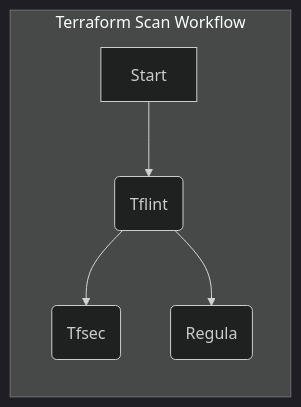
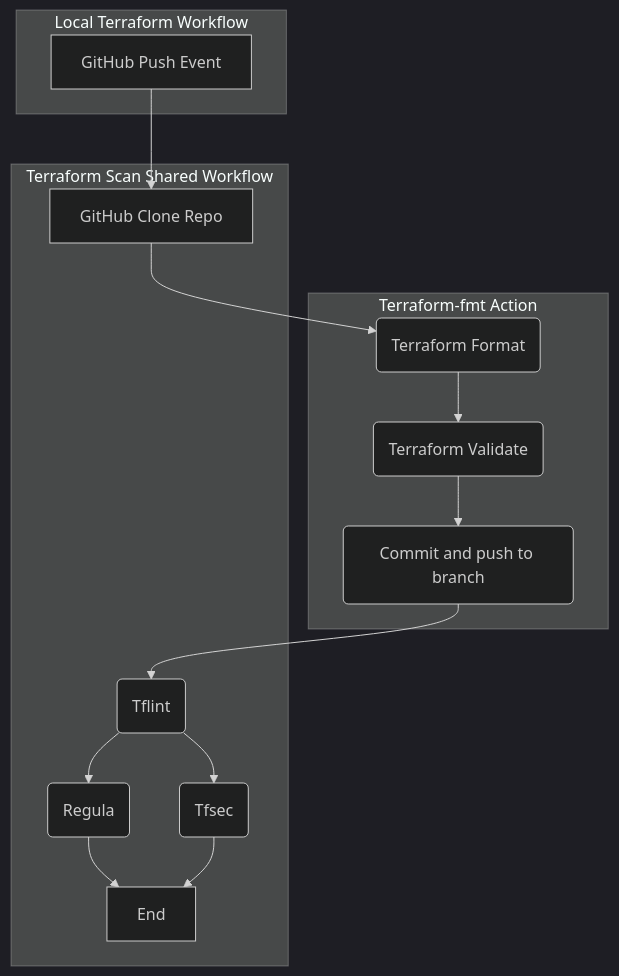
One commit to defenseunicorns/uds-common-workflows changed the diagram in documents/terraform/lint-and-scan.md. Above: the diagram before and after it, drawn with Mermaid (dark theme).

Commit message:
update flowchart in documentation

````diff
--- a/documents/terraform/lint-and-scan.md
+++ b/documents/terraform/lint-and-scan.md
@@ -55,9 +55,22 @@
 ```mermaid
-flowchart LR
+flowchart TB
+  subgraph "Local Terraform Workflow"
+    push[GitHub Push Event]
+  end
 
-  subgraph "Terraform Scan Workflow"
-    Start --> tflint(Tflint)
-    tflint --> tfsec(Tfsec)
+  subgraph "Terraform-fmt Action"
+    fmt(Terraform Format) --> validate(Terraform Validate)
+    validate --> inlinecommit(Commit and push to branch)
+  end
+
+  subgraph "Terraform Scan Shared Workflow"
+    push --> clone[GitHub Clone Repo]
+    clone --> fmt
+    inlinecommit --> tflint
+    tflint(Tflint) --> tfsec(Tfsec)
     tflint --> regula(Regula)
+    regula --> End
+    tfsec --> End
   end
+
 ```
````
